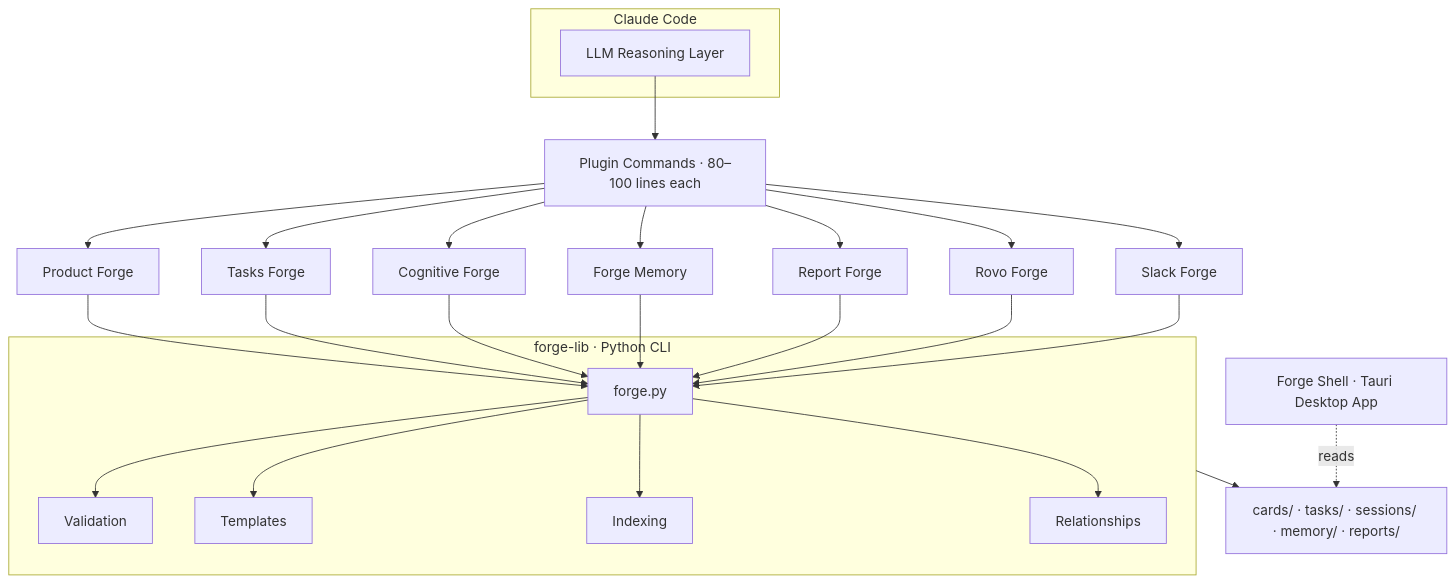
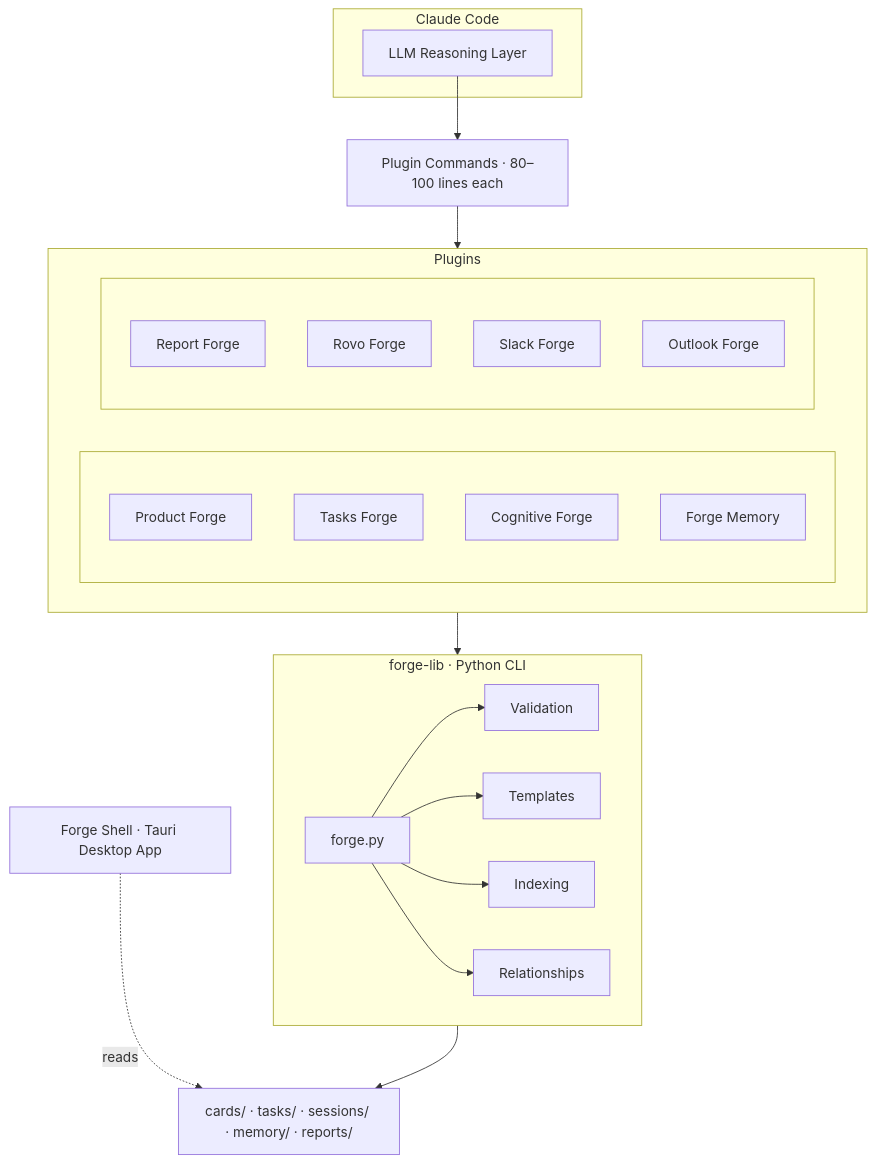
Before and after one commit to jeremybrice/the-forge: the diagram in README.md, drawn with Mermaid. The commit also changed other lines of this file and 12 other files, not shown here.

````diff
--- a/README.md
+++ b/README.md
@@ -47,20 +48,36 @@
 ```mermaid
-graph TD
+graph TB
     subgraph CC ["Claude Code"]
         A["LLM Reasoning Layer"]
     end
 
     A --> B["Plugin Commands · 80–100 lines each"]
 
-    B --> C1["Product Forge"] & C2["Tasks Forge"] & C3["Cognitive Forge"] & C4["Forge Memory"] & C5["Report Forge"] & C6["Rovo Forge"] & C7["Slack Forge"]
+    subgraph PL ["Plugins"]
+        direction LR
+        subgraph col1 [" "]
+            C1["Product Forge"]
+            C2["Tasks Forge"]
+            C3["Cognitive Forge"]
+            C4["Forge Memory"]
+        end
+        subgraph col2 [" "]
+            C5["Report Forge"]
+            C6["Rovo Forge"]
+            C7["Slack Forge"]
+            C8["Outlook Forge"]
+        end
+    end
 
-    C1 & C2 & C3 & C4 & C5 & C6 & C7 --> D
+    B --> PL
 
     subgraph FL ["forge-lib · Python CLI"]
         D["forge.py"] --> E1["Validation"] & E2["Templates"] & E3["Indexing"] & E4["Relationships"]
     end
 
+    PL --> FL
+
     FL --> F["cards/ · tasks/ · sessions/ · memory/ · reports/"]
 
     G["Forge Shell · Tauri Desktop App"] -.->|reads| F
 ```
````
